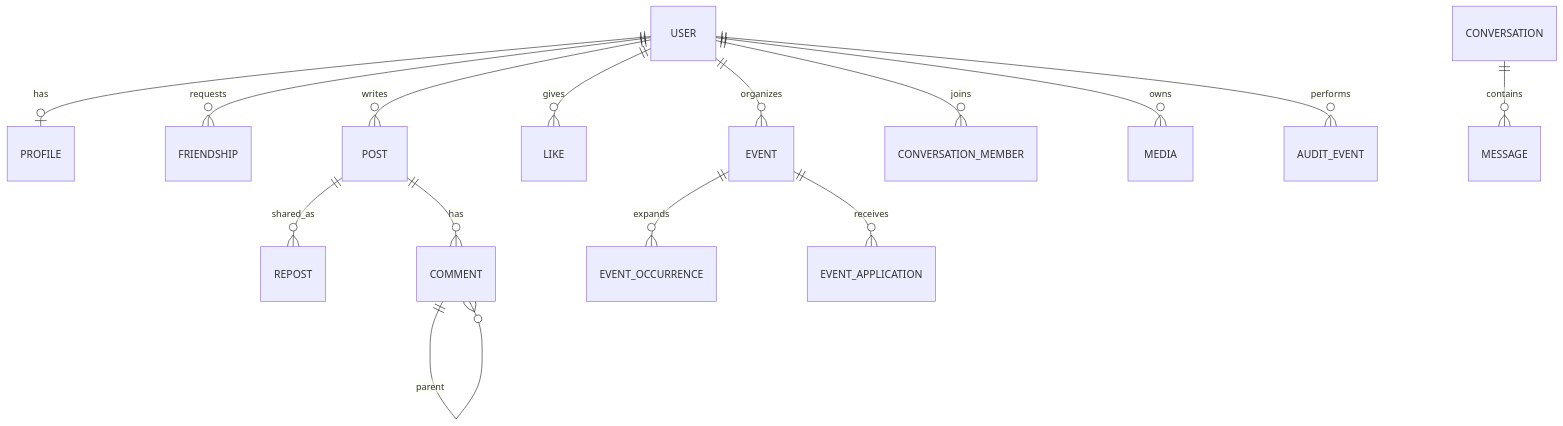
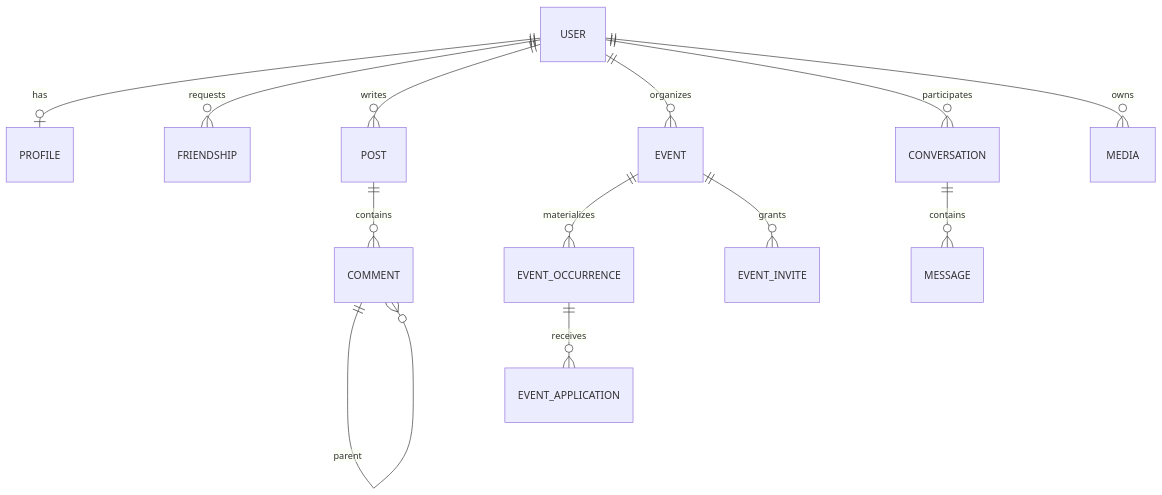
The diagram in 20-Architecture/06-Data-model.md (Projet-de-compensation-2025-2026/gym-buddy-documentation), drawn with Mermaid before and after one commit. The commit also changed other lines of this file and 85 other files, not shown here.

````diff
--- a/20-Architecture/06-Data-model.md
+++ b/20-Architecture/06-Data-model.md
@@ -12,17 +5,15 @@
 ```mermaid
 erDiagram
   USER ||--o| PROFILE : has
   USER ||--o{ FRIENDSHIP : requests
   USER ||--o{ POST : writes
-  POST ||--o{ REPOST : shared_as
-  POST ||--o{ COMMENT : has
+  POST ||--o{ COMMENT : contains
   COMMENT ||--o{ COMMENT : parent
-  USER ||--o{ LIKE : gives
   USER ||--o{ EVENT : organizes
-  EVENT ||--o{ EVENT_OCCURRENCE : expands
-  EVENT ||--o{ EVENT_APPLICATION : receives
-  USER ||--o{ CONVERSATION_MEMBER : joins
+  EVENT ||--o{ EVENT_OCCURRENCE : materializes
+  EVENT_OCCURRENCE ||--o{ EVENT_APPLICATION : receives
+  EVENT ||--o{ EVENT_INVITE : grants
+  USER ||--o{ CONVERSATION : participates
   CONVERSATION ||--o{ MESSAGE : contains
   USER ||--o{ MEDIA : owns
-  USER ||--o{ AUDIT_EVENT : performs
 ```
````
